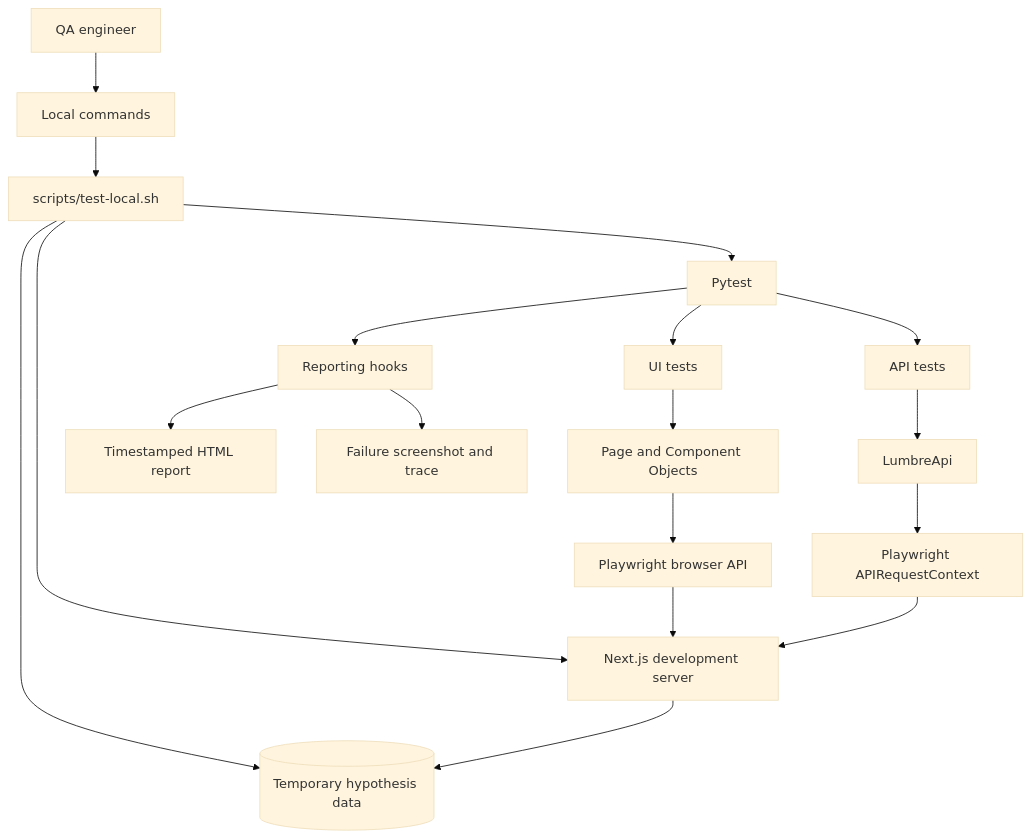
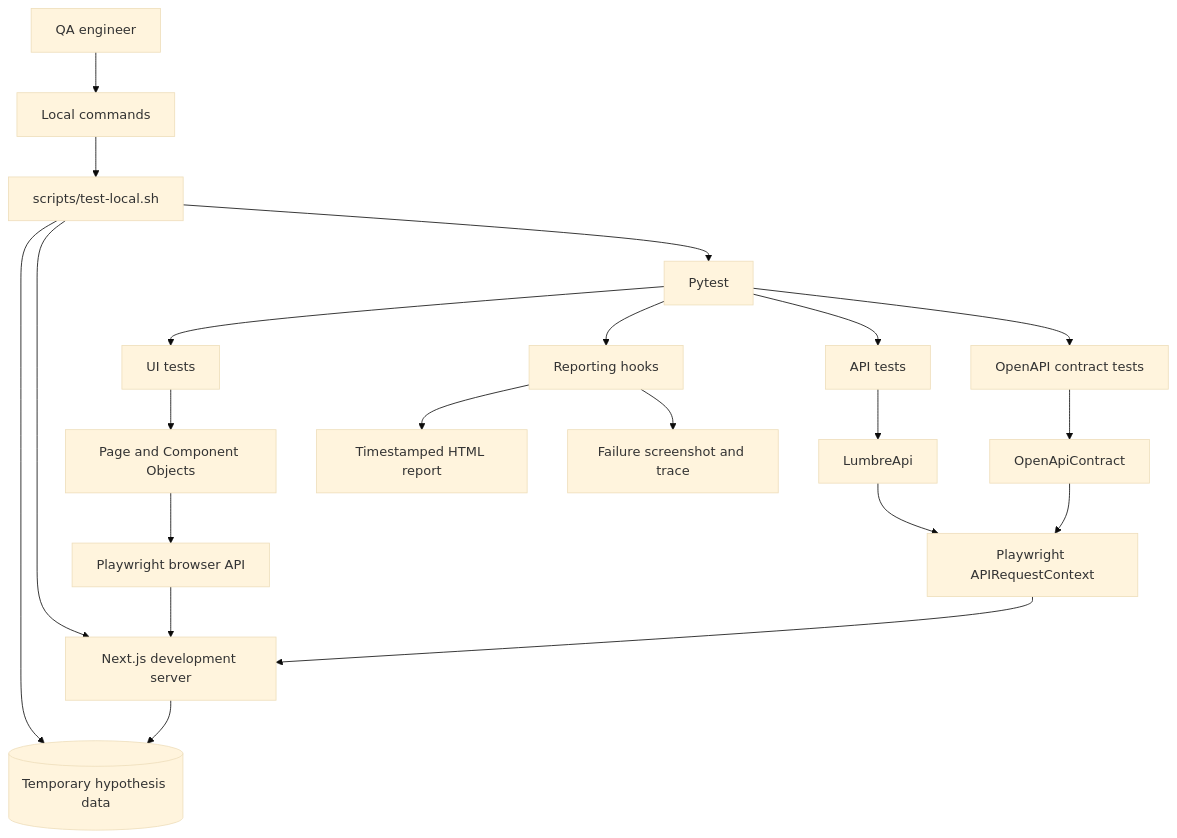
One commit to zvasdfg/lumbre-playwright-python changed the first of 6 diagrams in docs/ARCHITECTURE.md. Above: the diagram before and after it, drawn with Mermaid (base theme). The commit also changed other lines of this file and 6 other files, not shown here.

````diff
--- a/docs/ARCHITECTURE.md
+++ b/docs/ARCHITECTURE.md
@@ -20,25 +21,29 @@
 ```mermaid
 flowchart TB
     Engineer[QA engineer] --> Commands[Local commands]
     Commands --> Runner[scripts/test-local.sh]
 
     Runner --> DevServer[Next.js development server]
     Runner --> Pytest[Pytest]
     Runner --> TempData[(Temporary hypothesis data)]
 
     Pytest --> UI[UI tests]
     Pytest --> API[API tests]
+    Pytest --> Contracts[OpenAPI contract tests]
     Pytest --> Evidence[Reporting hooks]
 
     UI --> POM[Page and Component Objects]
     POM --> Playwright[Playwright browser API]
     Playwright --> DevServer
 
     API --> Client[LumbreApi]
     Client --> RequestContext[Playwright APIRequestContext]
     RequestContext --> DevServer
 
+    Contracts --> ContractAdapter[OpenApiContract]
+    ContractAdapter --> RequestContext
+
     DevServer --> TempData
     Evidence --> Report[Timestamped HTML report]
     Evidence --> Failure[Failure screenshot and trace]
 ```
````
